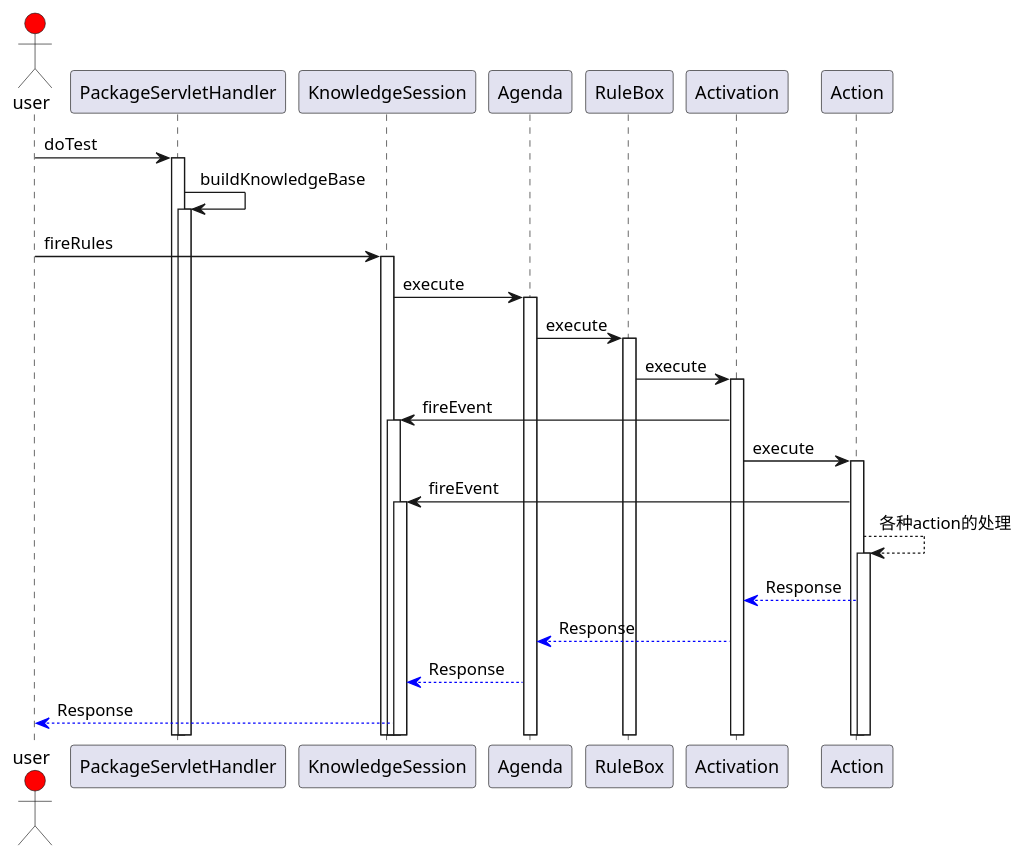
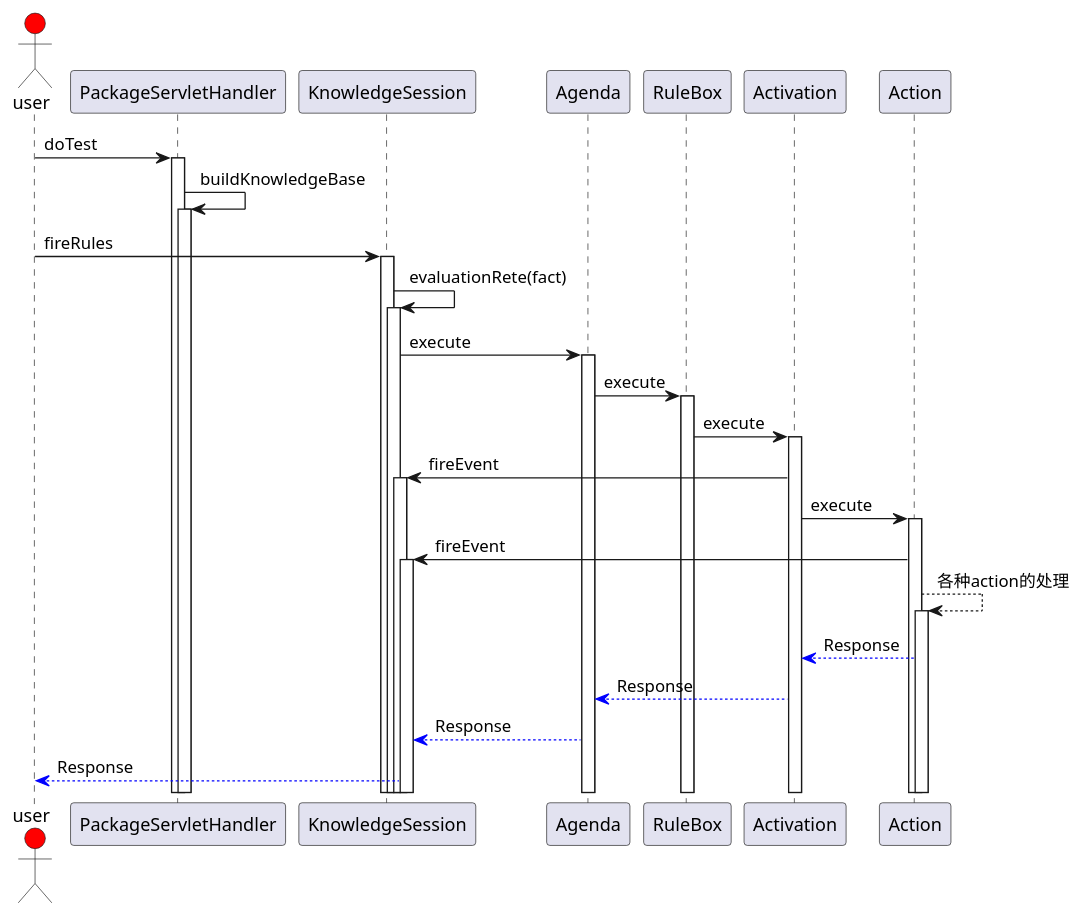
The diagram in urule-console/规则解析过程-sequence.puml (apaqi/urule), drawn with PlantUML before and after one commit. The commit also changed 3 other files, not shown here.

```diff
--- a/urule-console/规则解析过程-sequence.puml
+++ b/urule-console/规则解析过程-sequence.puml
@@ -1,46 +1,49 @@
 @startuml
 ''' http://archive.3zso.com/archives/plantuml-quickstart.html#sec-5-1
 actor user #red
 ''' as 后面是别名
 '''  设置颜色
 participant PackageServletHandler as PackageServletHandler
 participant KnowledgeSession as KnowledgeSession
 participant Agenda as Agenda
 
 user -> PackageServletHandler :doTest
 activate PackageServletHandler
 PackageServletHandler -> PackageServletHandler :buildKnowledgeBase
 activate PackageServletHandler
 
 
 user -> KnowledgeSession: fireRules
+activate KnowledgeSession
+'''执行条件判断相关逻辑'''
+KnowledgeSession-> KnowledgeSession: evaluationRete(fact)
 activate KnowledgeSession
 
 KnowledgeSession -> Agenda: execute
 activate Agenda
 
 Agenda -> RuleBox: execute
 activate RuleBox
 
 RuleBox -> Activation: execute
 activate Activation
 
 Activation -> KnowledgeSession: fireEvent
 activate KnowledgeSession
 
 Activation -> Action: execute
 activate Action
 
 Action -> KnowledgeSession: fireEvent
 activate KnowledgeSession
 
 Action --> Action: 各种action的处理
 activate Action
 
 '''设置箭头的颜色
 Activation <--[#0000FF] Action:  Response
 Agenda <--[#0000FF] Activation:  Response
 KnowledgeSession <--[#0000FF] Agenda:  Response
 user <--[#0000FF] KnowledgeSession:  Response
 
 @enduml
```
